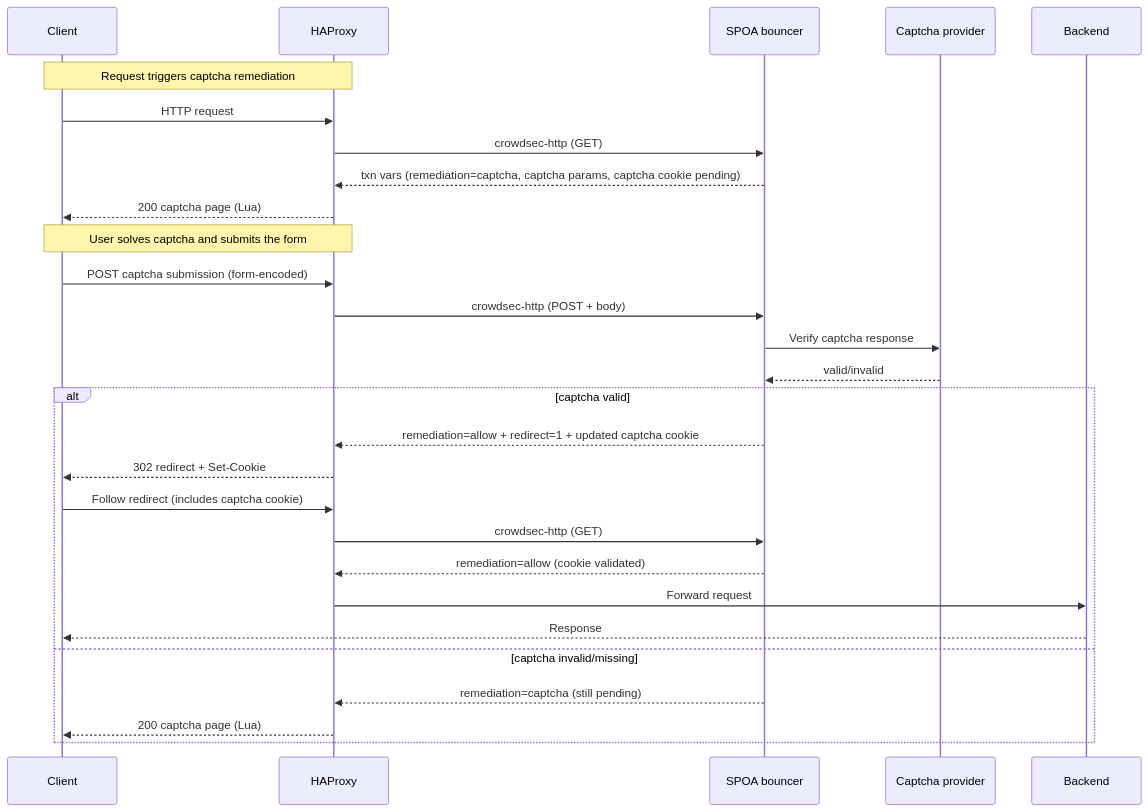
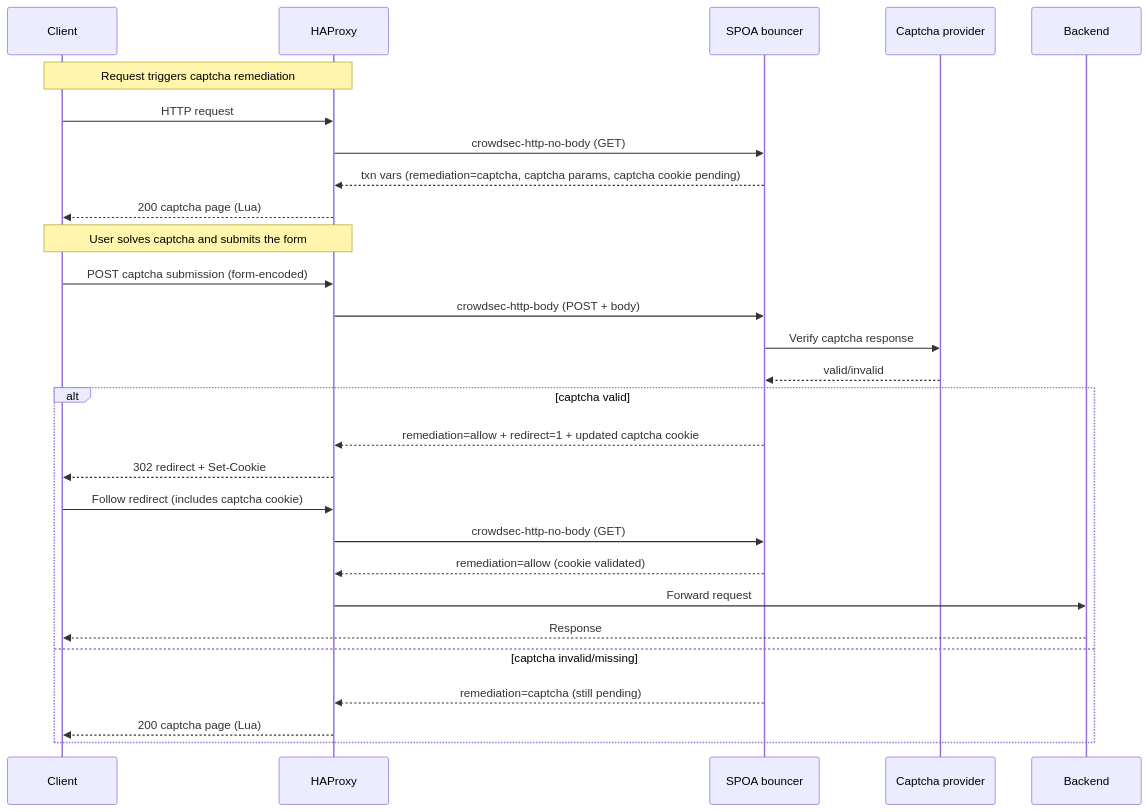
Before and after one commit to crowdsecurity/cs-haproxy-spoa-bouncer: the fifth of 7 diagrams in README.md, drawn with Mermaid. The commit also changed other lines of this file, not shown here.

````diff
--- a/README.md
+++ b/README.md
@@ -130,33 +134,33 @@
 ```mermaid
 sequenceDiagram
     participant Client
     participant HAProxy
     participant SPOA as SPOA bouncer
     participant Provider as Captcha provider
     participant Backend
 
     Note over Client,HAProxy: Request triggers captcha remediation
     Client->>HAProxy: HTTP request
-    HAProxy->>SPOA: crowdsec-http (GET)
+    HAProxy->>SPOA: crowdsec-http-no-body (GET)
     SPOA-->>HAProxy: txn vars (remediation=captcha, captcha params, captcha cookie pending)
     HAProxy-->>Client: 200 captcha page (Lua)
 
     Note over Client,HAProxy: User solves captcha and submits the form
     Client->>HAProxy: POST captcha submission (form-encoded)
-    HAProxy->>SPOA: crowdsec-http (POST + body)
+    HAProxy->>SPOA: crowdsec-http-body (POST + body)
     SPOA->>Provider: Verify captcha response
     Provider-->>SPOA: valid/invalid
 
     alt captcha valid
         SPOA-->>HAProxy: remediation=allow + redirect=1 + updated captcha cookie
         HAProxy-->>Client: 302 redirect + Set-Cookie
         Client->>HAProxy: Follow redirect (includes captcha cookie)
-        HAProxy->>SPOA: crowdsec-http (GET)
+        HAProxy->>SPOA: crowdsec-http-no-body (GET)
         SPOA-->>HAProxy: remediation=allow (cookie validated)
         HAProxy->>Backend: Forward request
         Backend-->>Client: Response
     else captcha invalid/missing
         SPOA-->>HAProxy: remediation=captcha (still pending)
         HAProxy-->>Client: 200 captcha page (Lua)
     end
 ```
````
